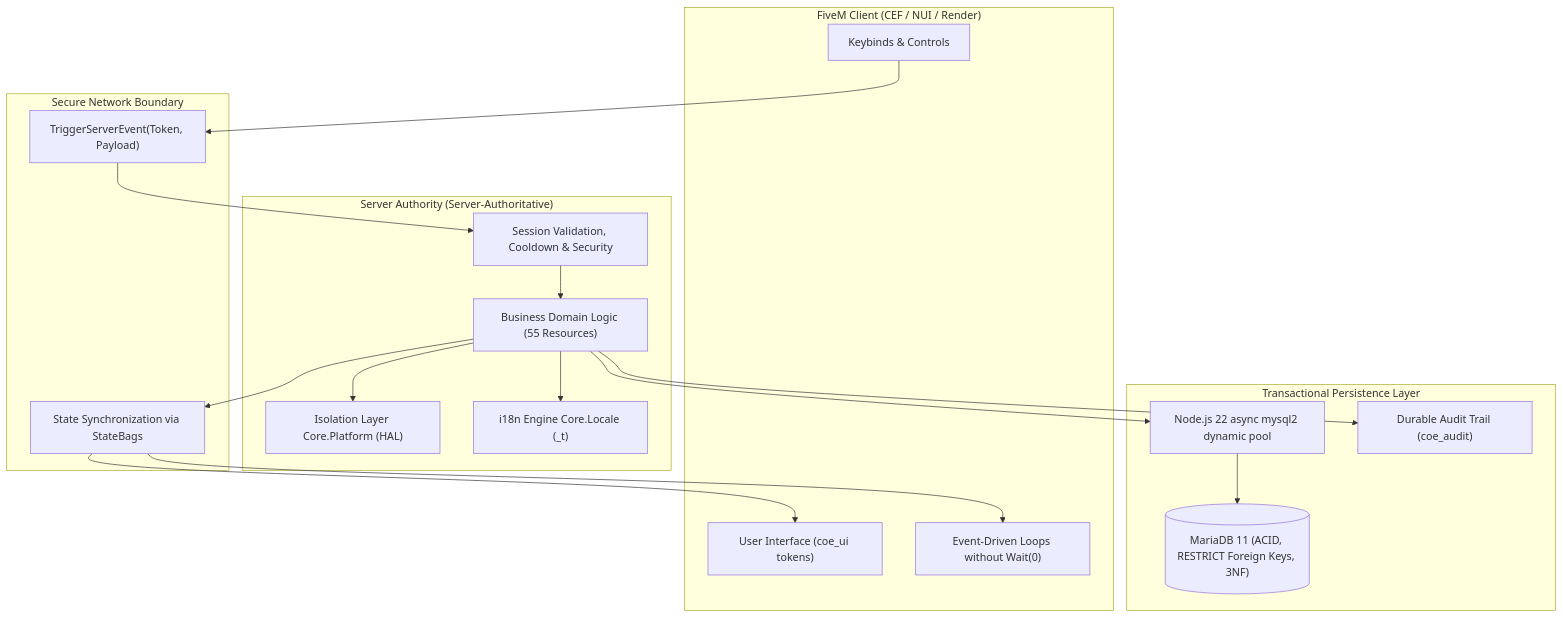
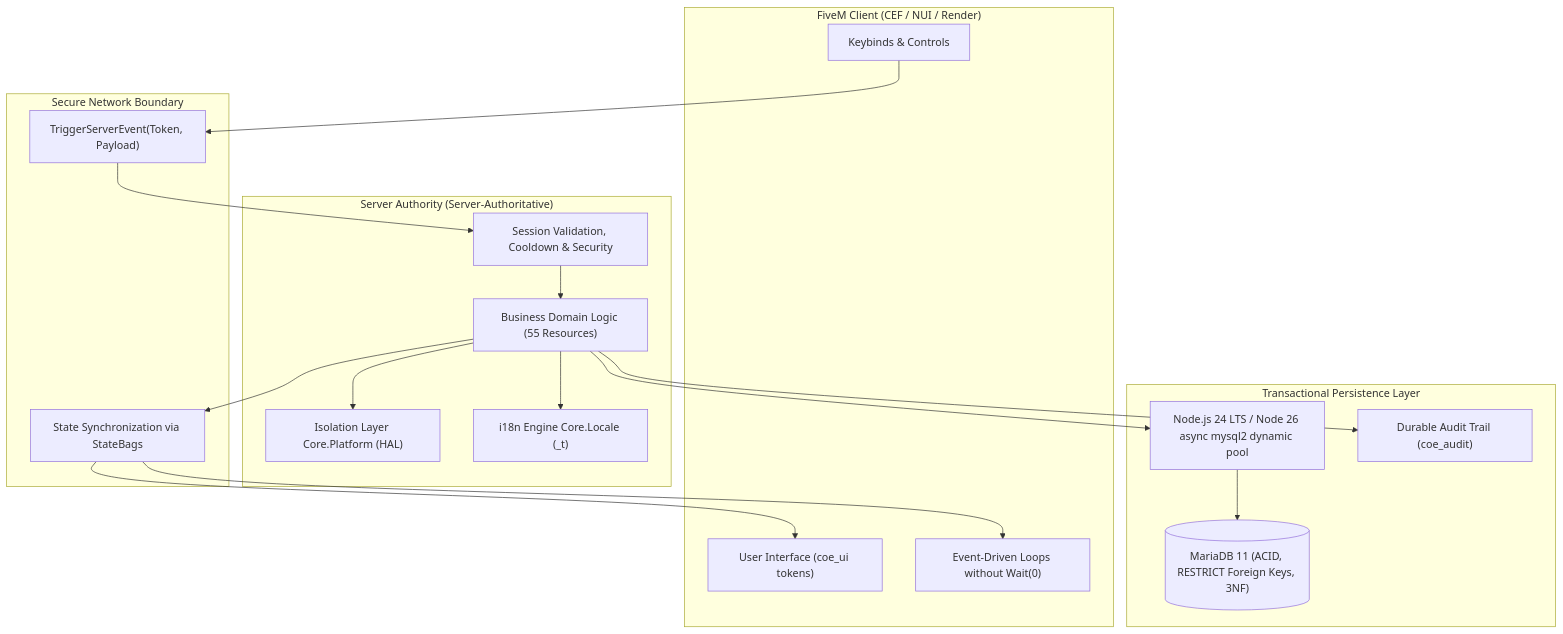
Before and after one commit to marcelomatz/coe-framework: the diagram in README.md, drawn with Mermaid. The commit also changed other lines of this file and 213 other files, not shown here.

````diff
--- a/README.md
+++ b/README.md
@@ -171,38 +171,38 @@
 ```mermaid
 flowchart TD
     subgraph Client["FiveM Client (CEF / NUI / Render)"]
         UI["User Interface (coe_ui tokens)"]
         Input["Keybinds & Controls"]
         OptimizedLoop["Event-Driven Loops without Wait(0)"]
     end
 
     subgraph Boundary["Secure Network Boundary"]
         Req["TriggerServerEvent(Token, Payload)"]
         Sync["State Synchronization via StateBags"]
     end
 
     subgraph Server["Server Authority (Server-Authoritative)"]
         Val["Session Validation, Cooldown & Security"]
         Platform["Isolation Layer Core.Platform (HAL)"]
         Domain["Business Domain Logic (55 Resources)"]
         Locale["i18n Engine Core.Locale (_t)"]
     end
 
     subgraph Storage["Transactional Persistence Layer"]
-        NodePool["Node.js 22 async mysql2 dynamic pool"]
+        NodePool["Node.js 24 LTS / Node 26 async mysql2 dynamic pool"]
         MariaDB[("MariaDB 11 (ACID, RESTRICT Foreign Keys, 3NF)")]
         Audit["Durable Audit Trail (coe_audit)"]
     end
 
     Input --> Req
     Req --> Val
     Val --> Domain
     Domain --> Platform
     Domain --> Locale
     Domain --> NodePool
     NodePool --> MariaDB
     Domain --> Audit
     Domain --> Sync
     Sync --> UI
     Sync --> OptimizedLoop
 ```
````
